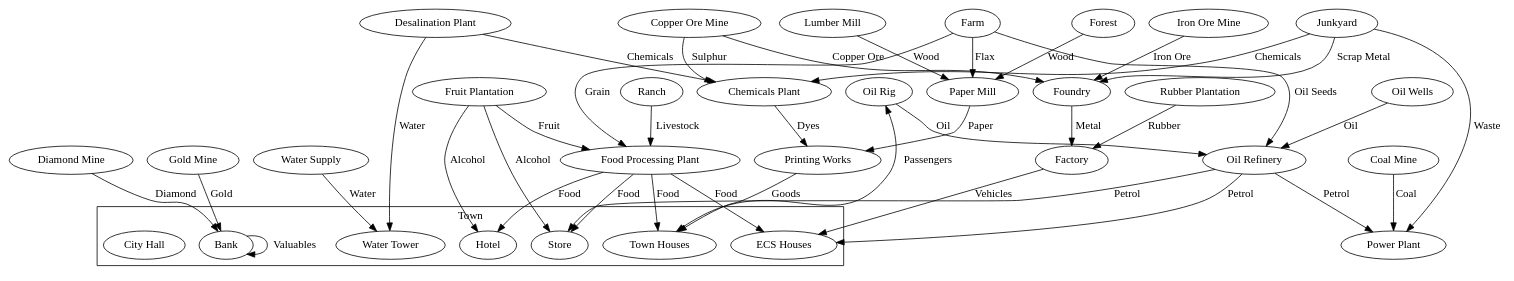
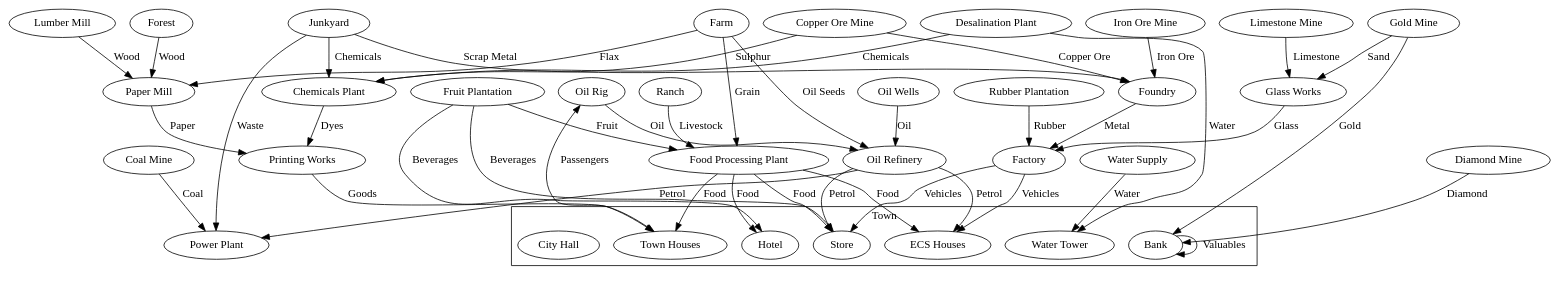
Before and after one commit to GraionDilach/simplistic-aggregated-industry-chains: the diagram in industry-chain.dot, drawn with Graphviz. The commit also changed 1 other file, not shown here.

```diff
--- a/industry-chain.dot
+++ b/industry-chain.dot
@@ -1,80 +1,84 @@
 strict digraph {
     compound=true
     subgraph cluster_city {
         label = "Town"
         Hotel
         "ECS Houses"
         "Town Houses" [ shape=ellipse]
         "Store"
         "Bank"
         "Water Tower"
         "City Hall"
     }
     "Coal Mine" [ shape=ellipse]
     "Power Plant" [ shape=ellipse]
     "Coal Mine" -> "Power Plant" [ label = "Coal"]
     "Oil Wells" [ shape=ellipse]
     "Oil Rig" [ shape=ellipse]
     "Oil Refinery" [ shape=ellipse]
     "Oil Wells" -> "Oil Refinery" [label = Oil]
     "Oil Rig" -> "Oil Refinery" [label = Oil]
     "Farm" [ shape=ellipse]
     "Factory"
     "Forest"
     "Lumber Mill"
     "Iron Ore Mine"
     "Foundry"
     "Paper Mill"
     "Iron Ore Mine" -> "Foundry" [label = "Iron Ore"]
     "Lumber Mill" -> "Paper Mill" [label = "Wood"]
     Forest -> "Paper Mill" [label = "Wood"]
     Farm -> "Paper Mill"  [label = "Flax"]
     "Foundry" -> Factory [label = "Metal"]
     "Food Processing Plant"
     Farm -> "Food Processing Plant"  [label = "Grain"]
     "Food Processing Plant" -> "Town Houses" [label = "Food"]
     "Copper Ore Mine"
     "Copper Ore Mine" -> "Foundry" [label = "Copper Ore"]
     "Fruit Plantation"
     "Oil Refinery" -> "Store" [label = "Petrol"]
     "Fruit Plantation" "Oil Refinery"
     "Fruit Plantation" -> "Food Processing Plant" [label = "Fruit"]
     "Food Processing Plant" -> "ECS Houses"  [label = "Food"]
     "Oil Refinery" -> "ECS Houses" [label = "Petrol"]
     "Food Processing Plant" -> Hotel [label = "Food"]
     "Rubber Plantation"
-    "Rubber Plantation" Factory
     "Ranch"
     Ranch -> "Food Processing Plant" [label="Livestock"]
     "Oil Rig" -> "Town Houses"[label="Passengers", dir=both]
     "Water Supply"
     "Water Supply" -> "Water Tower" [label="Water"]
     "Desalination Plant"
     "Desalination Plant" -> "Water Tower" [label="Water"]
     "Gold Mine"
     "Diamond Mine"
     Bank -> Bank[label="Valuables"]
     "Food Processing Plant" -> "Store" [label="Food"]
     "Junkyard" -> "Foundry" [label="Scrap Metal"]
-    "Fruit Plantation" -> "Store" [label="Alcohol"]
-    "Fruit Plantation" -> Hotel [label="Alcohol"]
+    "Fruit Plantation" -> Hotel [label="Beverages"]
     "Oil Refinery" -> "Power Plant" [label="Petrol"]
     "Junkyard"
     "Desalination Plant" "Oil Refinery"
     "Junkyard" -> "Power Plant"[label="Waste"]
-    "Junkyard" "Oil Refinery"
     Bank
     "Gold Mine" -> Bank[label="Gold"]
     "Diamond Mine" -> Bank[label="Diamond"]
     "Chemicals Plant"
     "Copper Ore Mine" -> "Chemicals Plant"[label="Sulphur"]
     "Desalination Plant" -> "Chemicals Plant" [label="Chemicals"]
     Junkyard -> "Chemicals Plant" [label="Chemicals"]
     Farm -> "Oil Refinery" [label="Oil Seeds"]
     "Rubber Plantation" -> Factory [label=Rubber]
     "Printing Works"
     "Paper Mill" -> "Printing Works" [label=Paper]
     "Chemicals Plant" -> "Printing Works" [label=Dyes]
     "Printing Works" -> "Town Houses" [label=Goods]
     Factory -> "ECS Houses" [label=Vehicles]
+    Factory -> Store [label=Vehicles]
+    "Glass Works"
+    "Gold Mine" -> "Glass Works" [label=Sand]
+    "Glass Works" -> Factory [label=Glass]
+    "Limestone Mine"
+    "Limestone Mine" -> "Glass Works" [label=Limestone]
+    "Fruit Plantation" -> Store [label=Beverages]
 }
```
